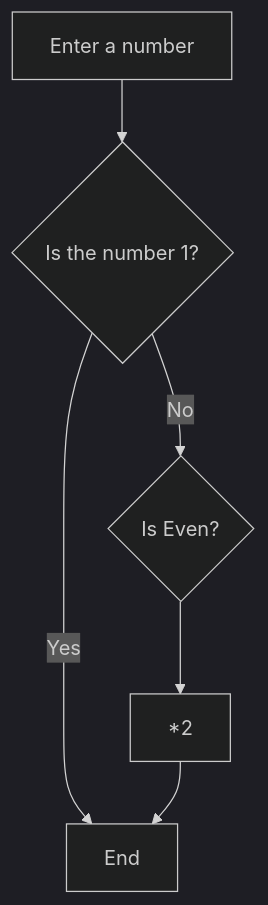
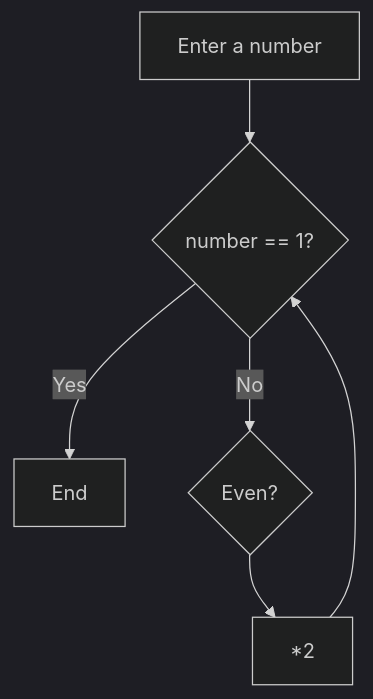
The second of 2 diagrams in README.md (PeeBs68/mywork), drawn with Mermaid (dark theme) before and after one commit.

Commit message:
Playing with mermaid for readme

````diff
--- a/README.md
+++ b/README.md
@@ -27,8 +27,8 @@
 ```mermaid
 flowchart TD;
-    A[Enter a number] --> B{Is the number 1?};
+    A[Enter a number] --> B{number == 1?};
     B -- Yes --> F[End];
     B -- No --> C;
-    C{Is Even?} -->E[*2];
-    E-->F[End];
+    C{Even?} -->E[*2];
+    E-->B;
 ```
````
